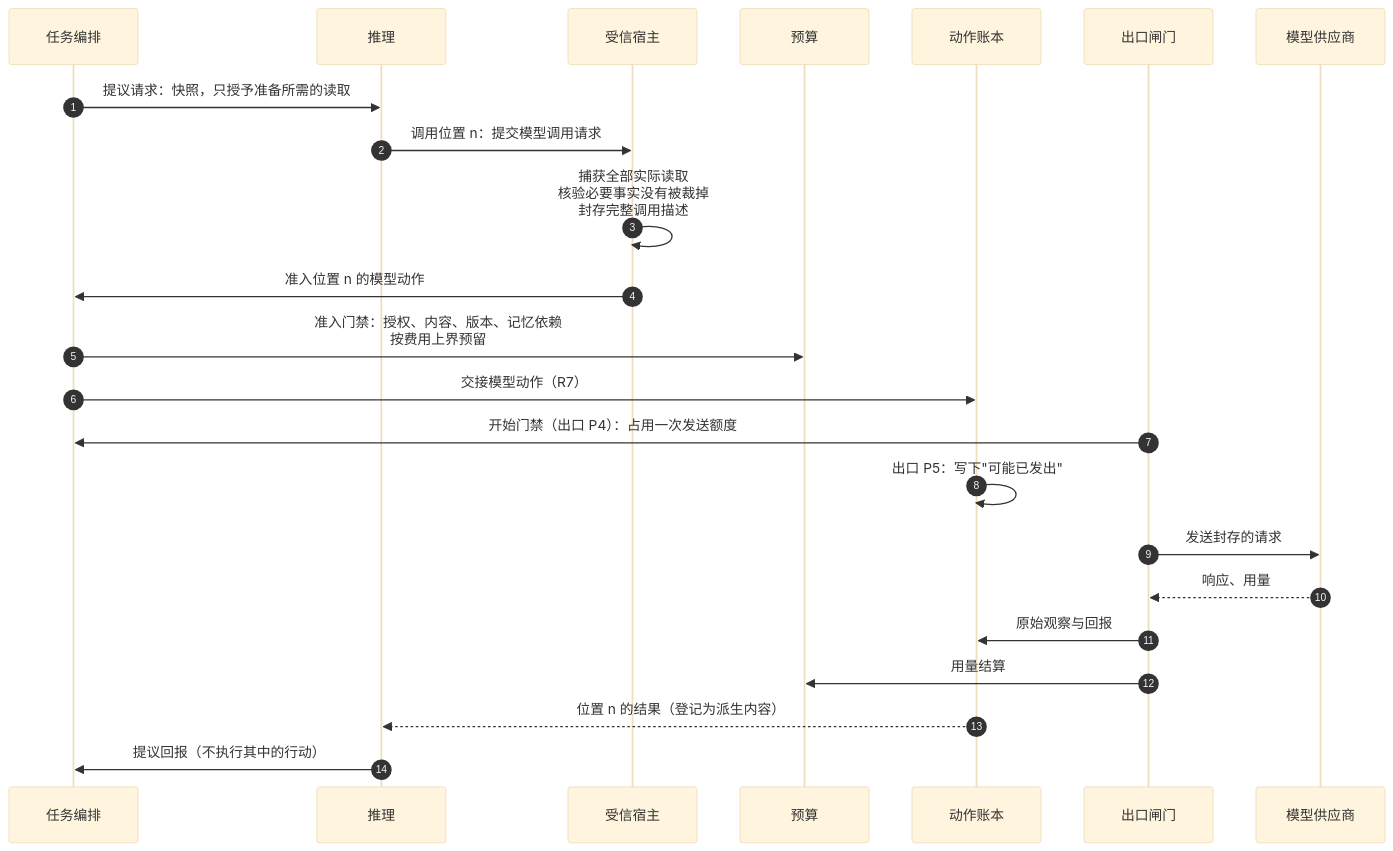
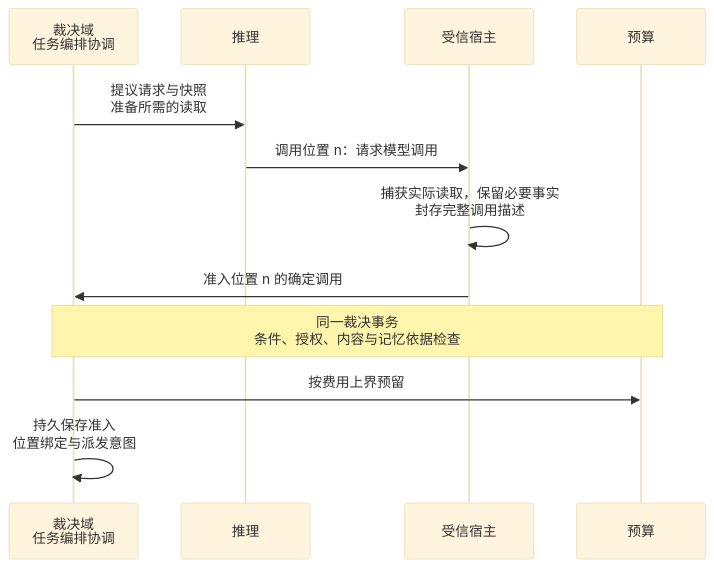
One commit to ruipengliu/lerna changed the first of 3 diagrams in docs/architecture/flows/model-call.md. Above: the diagram before and after it, drawn with Mermaid (base theme). The commit also changed other lines of this file and 48 other files, not shown here.

Commit message:
docs: clarify architecture contracts and diagrams

````diff
--- a/docs/architecture/flows/model-call.md
+++ b/docs/architecture/flows/model-call.md
@@ -23,25 +31,14 @@
 ```mermaid
 sequenceDiagram
-    autonumber
-    participant T as 任务编排
+    participant T as 裁决域<br/>任务编排协调
     participant R as 推理
     participant H as 受信宿主
     participant B as 预算
-    participant L as 动作账本
-    participant G as 出口闸门
-    participant M as 模型供应商
-    T->>R: 提议请求：快照，只授予准备所需的读取
-    R->>H: 调用位置 n：提交模型调用请求
-    H->>H: 捕获全部实际读取<br/>核验必要事实没有被裁掉<br/>封存完整调用描述
-    H->>T: 准入位置 n 的模型动作
-    T->>B: 准入门禁：授权、内容、版本、记忆依赖<br/>按费用上界预留
-    T->>L: 交接模型动作（R7）
-    G->>T: 开始门禁（出口 P4）：占用一次发送额度
-    L->>L: 出口 P5：写下"可能已发出"
-    G->>M: 发送封存的请求
-    M-->>G: 响应、用量
-    G->>L: 原始观察与回报
-    G->>B: 用量结算
-    L-->>R: 位置 n 的结果（登记为派生内容）
-    R->>T: 提议回报（不执行其中的行动）
+    T->>R: 提议请求与快照<br/>准备所需的读取
+    R->>H: 调用位置 n：请求模型调用
+    H->>H: 捕获实际读取，保留必要事实<br/>封存完整调用描述
+    H->>T: 准入位置 n 的确定调用
+    Note over T,B: 同一裁决事务<br/>条件、授权、内容与记忆依据检查
+    T->>B: 按费用上界预留
+    T->>T: 持久保存准入<br/>位置绑定与派发意图
 ```
````
